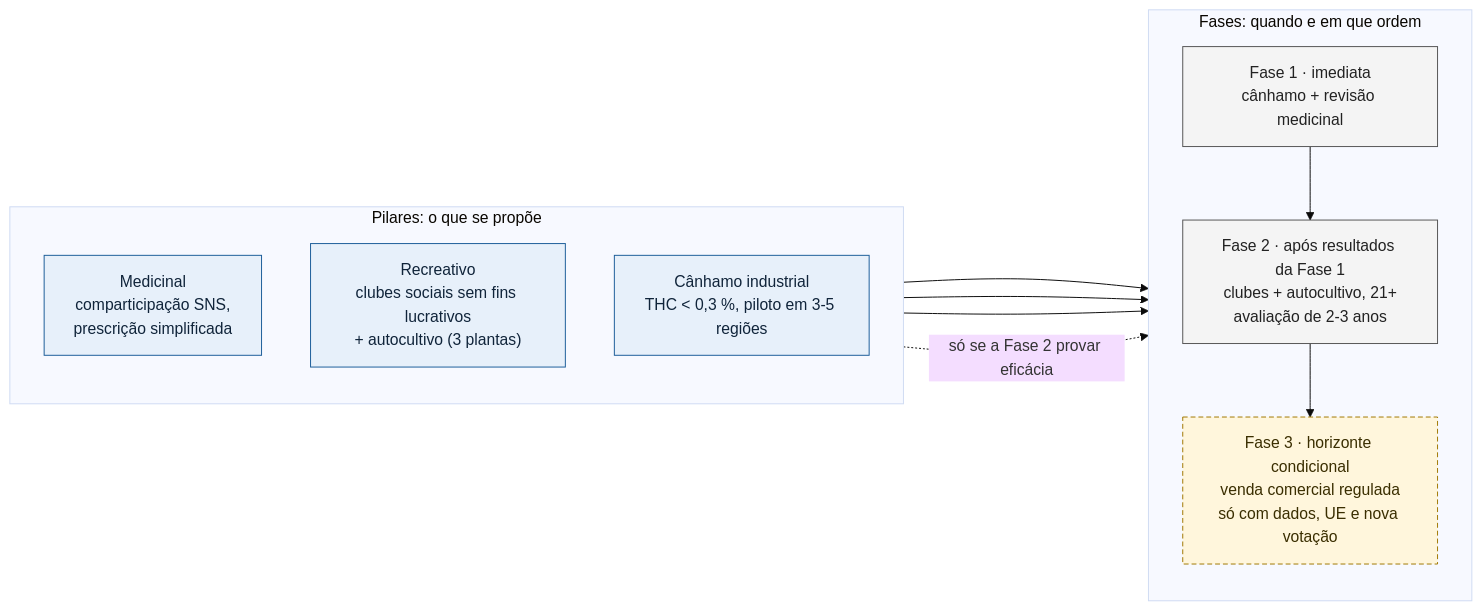
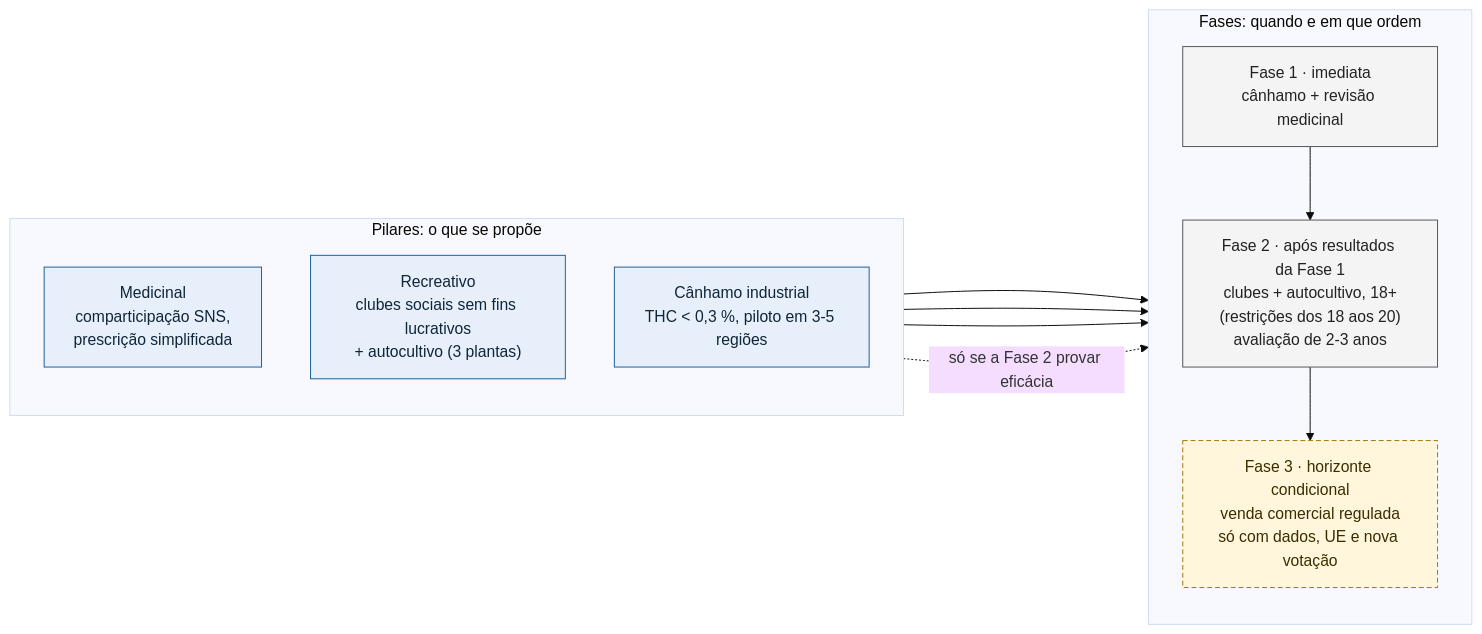
Before and after one commit to bcamarneiro/cannabis-legalization: the diagram in assets/diagrams/estrutura-proposta.mmd, drawn with Mermaid (base theme). The commit also changed 31 other files, not shown here.

```diff
--- a/assets/diagrams/estrutura-proposta.mmd
+++ b/assets/diagrams/estrutura-proposta.mmd
@@ -1,25 +1,25 @@
 flowchart LR
     subgraph P["Pilares: o que se propõe"]
         direction TB
         PM["Medicinal<br/>comparticipação SNS,<br/>prescrição simplificada"]
         PR["Recreativo<br/>clubes sociais sem fins lucrativos<br/>+ autocultivo (3 plantas)"]
         PC["Cânhamo industrial<br/>THC &lt; 0,3 %, piloto em 3-5 regiões"]
     end
     subgraph F["Fases: quando e em que ordem"]
         direction TB
         F1["Fase 1 · imediata<br/>cânhamo + revisão medicinal"]
-        F2["Fase 2 · após resultados da Fase 1<br/>clubes + autocultivo, 21+<br/>avaliação de 2-3 anos"]
+        F2["Fase 2 · após resultados da Fase 1<br/>clubes + autocultivo, 18+<br/>(restrições dos 18 aos 20)<br/>avaliação de 2-3 anos"]
         F3["Fase 3 · horizonte condicional<br/>venda comercial regulada<br/>só com dados, UE e nova votação"]
         F1 --> F2 --> F3
     end
     PM --> F1
     PC --> F1
     PR --> F2
     PR -. "só se a Fase 2 provar eficácia" .-> F3
 
     classDef pilar fill:#e7f0fa,stroke:#1c5d99,color:#10243a
     classDef fase fill:#f4f4f4,stroke:#555,color:#222
     classDef cond fill:#fff6dc,stroke:#a07800,color:#3a2e00,stroke-dasharray:5 3
     class PM,PR,PC pilar
     class F1,F2 fase
     class F3 cond
```
